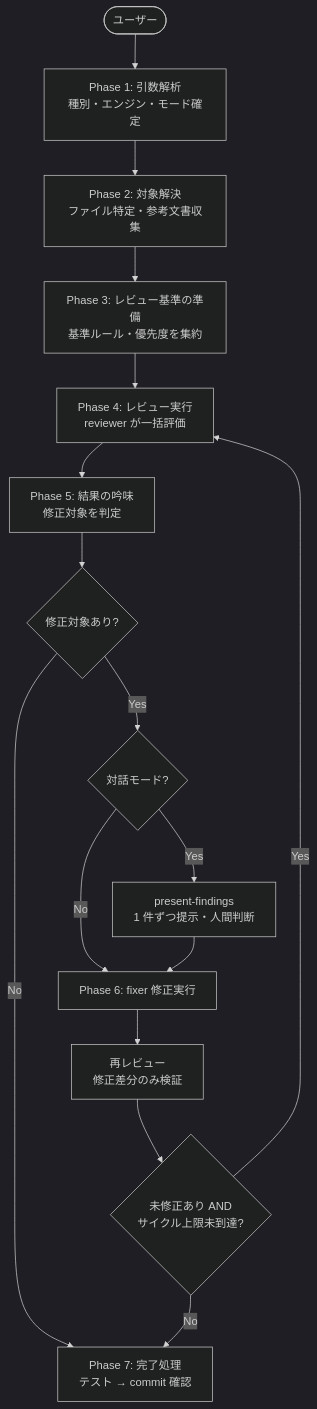
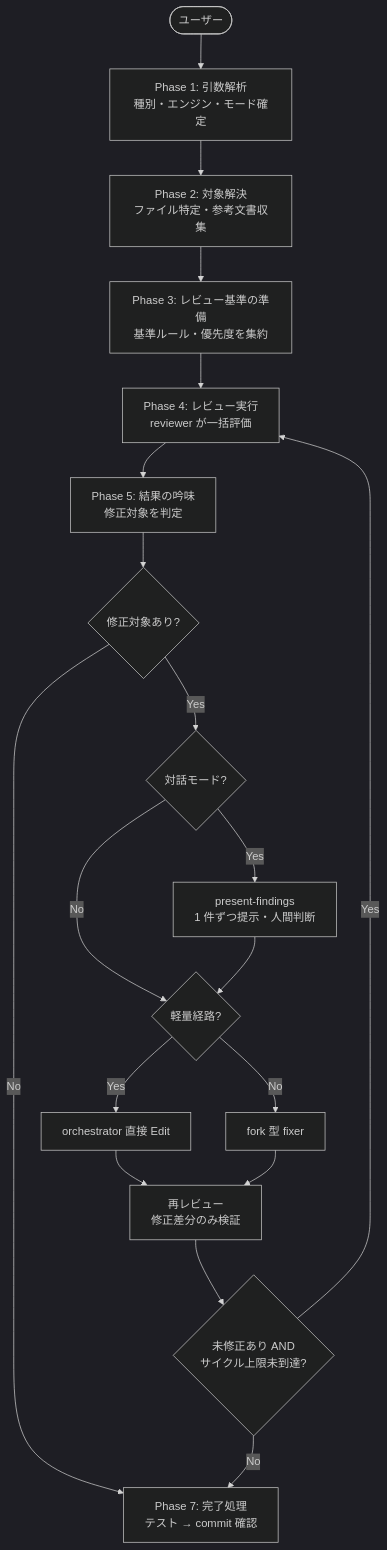
The diagram in docs/readme/forge/guide_review_ja.md (BlueEventHorizon/bw-cc-plugins), drawn with Mermaid (dark theme) before and after one commit. The commit also changed other lines of this file and 10 other files, not shown here.

````diff
--- a/docs/readme/forge/guide_review_ja.md
+++ b/docs/readme/forge/guide_review_ja.md
@@ -43,34 +43,39 @@
 ```mermaid
 flowchart TD
     START([ユーザー]) --> P1
 
     P1["Phase 1: 引数解析<br/>種別・エンジン・モード確定"] --> P2
 
     P2["Phase 2: 対象解決<br/>ファイル特定・参考文書収集"] --> P3
 
     P3["Phase 3: レビュー基準の準備<br/>基準ルール・優先度を集約"] --> P4
 
     P4["Phase 4: レビュー実行<br/>reviewer が一括評価"] --> P5
 
     P5["Phase 5: 結果の吟味<br/>修正対象を判定"] --> CHECK
 
     CHECK{修正対象あり?}
     CHECK -->|No| P7
     CHECK -->|Yes| MODE
 
     MODE{対話モード?}
     MODE -->|Yes| PRESENT
-    MODE -->|No| FIXER
+    MODE -->|No| FIXPATH
 
-    PRESENT["present-findings<br/>1 件ずつ提示・人間判断"] --> FIXER
+    PRESENT["present-findings<br/>1 件ずつ提示・人間判断"] --> FIXPATH
 
-    FIXER["Phase 6: fixer 修正実行"] --> REREV
+    FIXPATH{"軽量経路?"}
+    FIXPATH -->|Yes| INLINE["orchestrator 直接 Edit"]
+    FIXPATH -->|No| FIXER["fork 型 fixer"]
+
+    INLINE --> REREV
+    FIXER --> REREV
 
     REREV["再レビュー<br/>修正差分のみ検証"] --> CYCLE
 
     CYCLE{未修正あり AND<br/>サイクル上限未到達?}
     CYCLE -->|Yes| P4
     CYCLE -->|No| P7
 
     P7["Phase 7: 完了処理<br/>テスト → commit 確認"]
 ```
````
